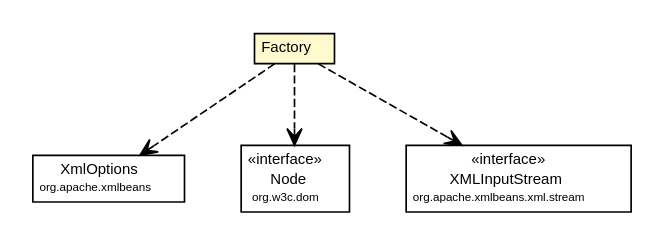
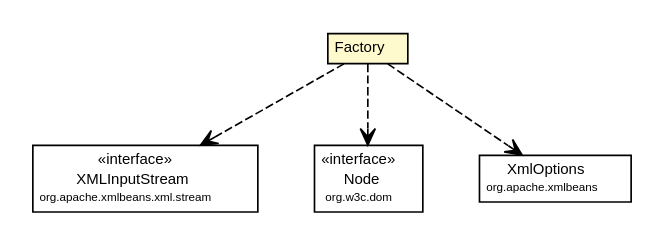
The diagram in site/apidocs/org/synchronoss/cpo/core/cpoCoreMeta/CtAttribute.Factory.dot (synchronoss/cpo-api), drawn with Graphviz before and after one commit. The commit also changed 991 other files, not shown here.

```diff
--- a/site/apidocs/org/synchronoss/cpo/core/cpoCoreMeta/CtAttribute.Factory.dot
+++ b/site/apidocs/org/synchronoss/cpo/core/cpoCoreMeta/CtAttribute.Factory.dot
@@ -1,45 +1,45 @@
 #!/usr/local/bin/dot
 #
 # Class diagram 
 # Generated by UmlGraph version 4.6 (http://www.spinellis.gr/sw/umlgraph)
 #
 
 digraph G {
 	edge [fontname="Helvetica",fontsize=10,labelfontname="Helvetica",labelfontsize=10];
 	node [fontname="Helvetica",fontsize=10,shape=plaintext];
 	// org.synchronoss.cpo.core.cpoCoreMeta.CtAttribute.Factory
 	c22237 [label=<<table border="0" cellborder="1" cellspacing="0" cellpadding="2" port="p" bgcolor="lemonChiffon" href="./CtAttribute.Factory.html">
 		<tr><td><table border="0" cellspacing="0" cellpadding="1">
 			<tr><td> Factory </td></tr>
 		</table></td></tr>
 		</table>>, fontname="Helvetica", fontcolor="black", fontsize=9.0];
-	// org.synchronoss.cpo.core.cpoCoreMeta.CtAttribute.Factory DEPEND org.apache.xmlbeans.XmlOptions
+	// org.synchronoss.cpo.core.cpoCoreMeta.CtAttribute.Factory DEPEND org.apache.xmlbeans.xml.stream.XMLInputStream
 	c22237:p -> c22385:p [taillabel="", label="", headlabel="", fontname="Helvetica", fontcolor="black", fontsize=10.0, color="black", arrowhead=open, style=dashed];
 	// org.synchronoss.cpo.core.cpoCoreMeta.CtAttribute.Factory DEPEND org.w3c.dom.Node
 	c22237:p -> c22386:p [taillabel="", label="", headlabel="", fontname="Helvetica", fontcolor="black", fontsize=10.0, color="black", arrowhead=open, style=dashed];
-	// org.synchronoss.cpo.core.cpoCoreMeta.CtAttribute.Factory DEPEND org.apache.xmlbeans.xml.stream.XMLInputStream
+	// org.synchronoss.cpo.core.cpoCoreMeta.CtAttribute.Factory DEPEND org.apache.xmlbeans.XmlOptions
 	c22237:p -> c22387:p [taillabel="", label="", headlabel="", fontname="Helvetica", fontcolor="black", fontsize=10.0, color="black", arrowhead=open, style=dashed];
 	// org.apache.xmlbeans.xml.stream.XMLInputStream
-	c22387 [label=<<table border="0" cellborder="1" cellspacing="0" cellpadding="2" port="p" href="http://java.sun.com/j2se/1.4.2/docs/api/org/apache/xmlbeans/xml/stream/XMLInputStream.html">
+	c22385 [label=<<table border="0" cellborder="1" cellspacing="0" cellpadding="2" port="p" href="http://java.sun.com/j2se/1.4.2/docs/api/org/apache/xmlbeans/xml/stream/XMLInputStream.html">
 		<tr><td><table border="0" cellspacing="0" cellpadding="1">
 			<tr><td> &laquo;interface&raquo; </td></tr>
 			<tr><td> XMLInputStream </td></tr>
 			<tr><td><font point-size="7.0"> org.apache.xmlbeans.xml.stream </font></td></tr>
 		</table></td></tr>
 		</table>>, fontname="Helvetica", fontcolor="black", fontsize=9.0];
 	// org.apache.xmlbeans.XmlOptions
-	c22385 [label=<<table border="0" cellborder="1" cellspacing="0" cellpadding="2" port="p" href="http://java.sun.com/j2se/1.4.2/docs/api/org/apache/xmlbeans/XmlOptions.html">
+	c22387 [label=<<table border="0" cellborder="1" cellspacing="0" cellpadding="2" port="p" href="http://java.sun.com/j2se/1.4.2/docs/api/org/apache/xmlbeans/XmlOptions.html">
 		<tr><td><table border="0" cellspacing="0" cellpadding="1">
 			<tr><td> XmlOptions </td></tr>
 			<tr><td><font point-size="7.0"> org.apache.xmlbeans </font></td></tr>
 		</table></td></tr>
 		</table>>, fontname="Helvetica", fontcolor="black", fontsize=9.0];
 	// org.w3c.dom.Node
 	c22386 [label=<<table border="0" cellborder="1" cellspacing="0" cellpadding="2" port="p" href="http://java.sun.com/j2se/1.4.2/docs/api/org/w3c/dom/Node.html">
 		<tr><td><table border="0" cellspacing="0" cellpadding="1">
 			<tr><td> &laquo;interface&raquo; </td></tr>
 			<tr><td> Node </td></tr>
 			<tr><td><font point-size="7.0"> org.w3c.dom </font></td></tr>
 		</table></td></tr>
 		</table>>, fontname="Helvetica", fontcolor="black", fontsize=9.0];
 }
```
